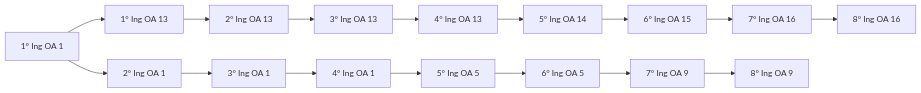
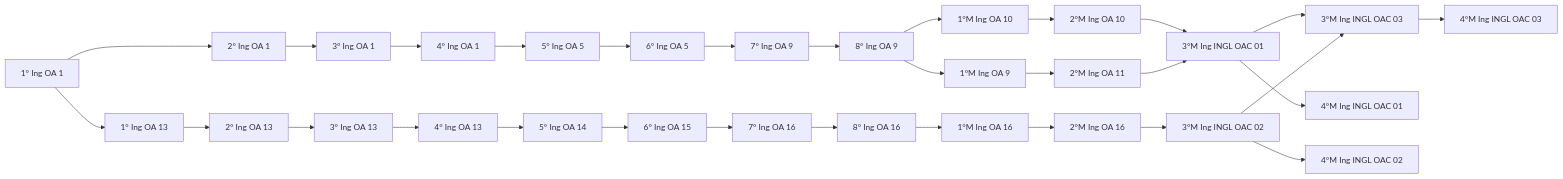
The fourth of 4 diagrams in expedicion-saber/docs/progresion.md (seanduarteu-cyber/PRODUCCION-PLAYMAKER), drawn with Mermaid before and after one commit. The commit also changed 6 other files, not shown here.

````diff
--- a/expedicion-saber/docs/progresion.md
+++ b/expedicion-saber/docs/progresion.md
@@ -110,18 +110,32 @@
 ```mermaid
 flowchart LR
   1_basico_ingles_OA1["1° Ing OA 1"] --> 1_basico_ingles_OA13["1° Ing OA 13"]
   1_basico_ingles_OA1["1° Ing OA 1"] --> 2_basico_ingles_OA1["2° Ing OA 1"]
   1_basico_ingles_OA13["1° Ing OA 13"] --> 2_basico_ingles_OA13["2° Ing OA 13"]
   2_basico_ingles_OA1["2° Ing OA 1"] --> 3_basico_ingles_OA1["3° Ing OA 1"]
   2_basico_ingles_OA13["2° Ing OA 13"] --> 3_basico_ingles_OA13["3° Ing OA 13"]
   3_basico_ingles_OA1["3° Ing OA 1"] --> 4_basico_ingles_OA1["4° Ing OA 1"]
   3_basico_ingles_OA13["3° Ing OA 13"] --> 4_basico_ingles_OA13["4° Ing OA 13"]
   4_basico_ingles_OA1["4° Ing OA 1"] --> 5_basico_ingles_OA5["5° Ing OA 5"]
   4_basico_ingles_OA13["4° Ing OA 13"] --> 5_basico_ingles_OA14["5° Ing OA 14"]
   5_basico_ingles_OA5["5° Ing OA 5"] --> 6_basico_ingles_OA5["6° Ing OA 5"]
   5_basico_ingles_OA14["5° Ing OA 14"] --> 6_basico_ingles_OA15["6° Ing OA 15"]
   6_basico_ingles_OA5["6° Ing OA 5"] --> 7_basico_ingles_OA9["7° Ing OA 9"]
   6_basico_ingles_OA15["6° Ing OA 15"] --> 7_basico_ingles_OA16["7° Ing OA 16"]
   7_basico_ingles_OA9["7° Ing OA 9"] --> 8_basico_ingles_OA9["8° Ing OA 9"]
   7_basico_ingles_OA16["7° Ing OA 16"] --> 8_basico_ingles_OA16["8° Ing OA 16"]
+  8_basico_ingles_OA9["8° Ing OA 9"] --> 1_medio_ingles_OA9["1°M Ing OA 9"]
+  8_basico_ingles_OA9["8° Ing OA 9"] --> 1_medio_ingles_OA10["1°M Ing OA 10"]
+  8_basico_ingles_OA16["8° Ing OA 16"] --> 1_medio_ingles_OA16["1°M Ing OA 16"]
+  1_medio_ingles_OA10["1°M Ing OA 10"] --> 2_medio_ingles_OA10["2°M Ing OA 10"]
+  1_medio_ingles_OA9["1°M Ing OA 9"] --> 2_medio_ingles_OA11["2°M Ing OA 11"]
+  1_medio_ingles_OA16["1°M Ing OA 16"] --> 2_medio_ingles_OA16["2°M Ing OA 16"]
+  2_medio_ingles_OA10["2°M Ing OA 10"] --> 3_medio_ingles_OA1["3°M Ing INGL OAC 01"]
+  2_medio_ingles_OA11["2°M Ing OA 11"] --> 3_medio_ingles_OA1["3°M Ing INGL OAC 01"]
+  2_medio_ingles_OA16["2°M Ing OA 16"] --> 3_medio_ingles_OA2["3°M Ing INGL OAC 02"]
+  3_medio_ingles_OA1["3°M Ing INGL OAC 01"] --> 3_medio_ingles_OA3["3°M Ing INGL OAC 03"]
+  3_medio_ingles_OA2["3°M Ing INGL OAC 02"] --> 3_medio_ingles_OA3["3°M Ing INGL OAC 03"]
+  3_medio_ingles_OA1["3°M Ing INGL OAC 01"] --> 4_medio_ingles_OA1["4°M Ing INGL OAC 01"]
+  3_medio_ingles_OA2["3°M Ing INGL OAC 02"] --> 4_medio_ingles_OA2["4°M Ing INGL OAC 02"]
+  3_medio_ingles_OA3["3°M Ing INGL OAC 03"] --> 4_medio_ingles_OA3["4°M Ing INGL OAC 03"]
 ```
````
